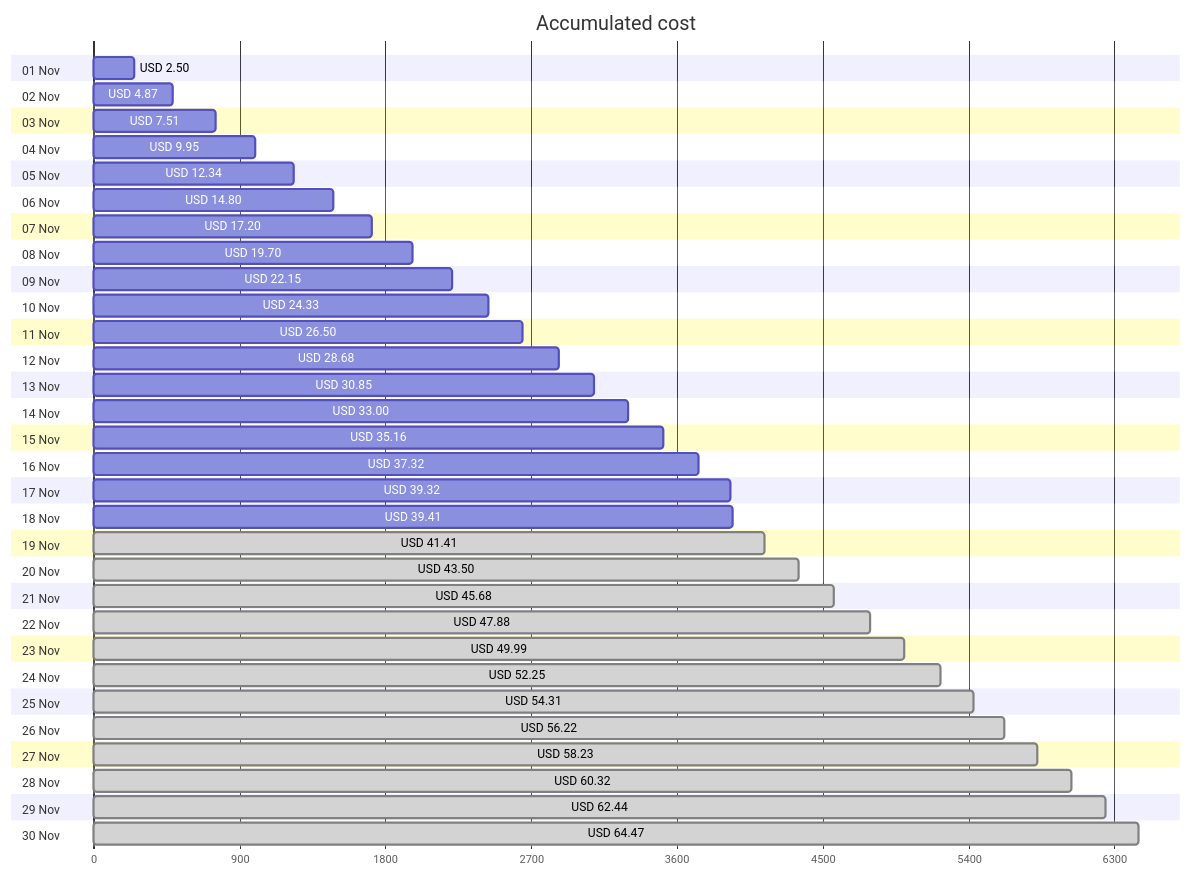
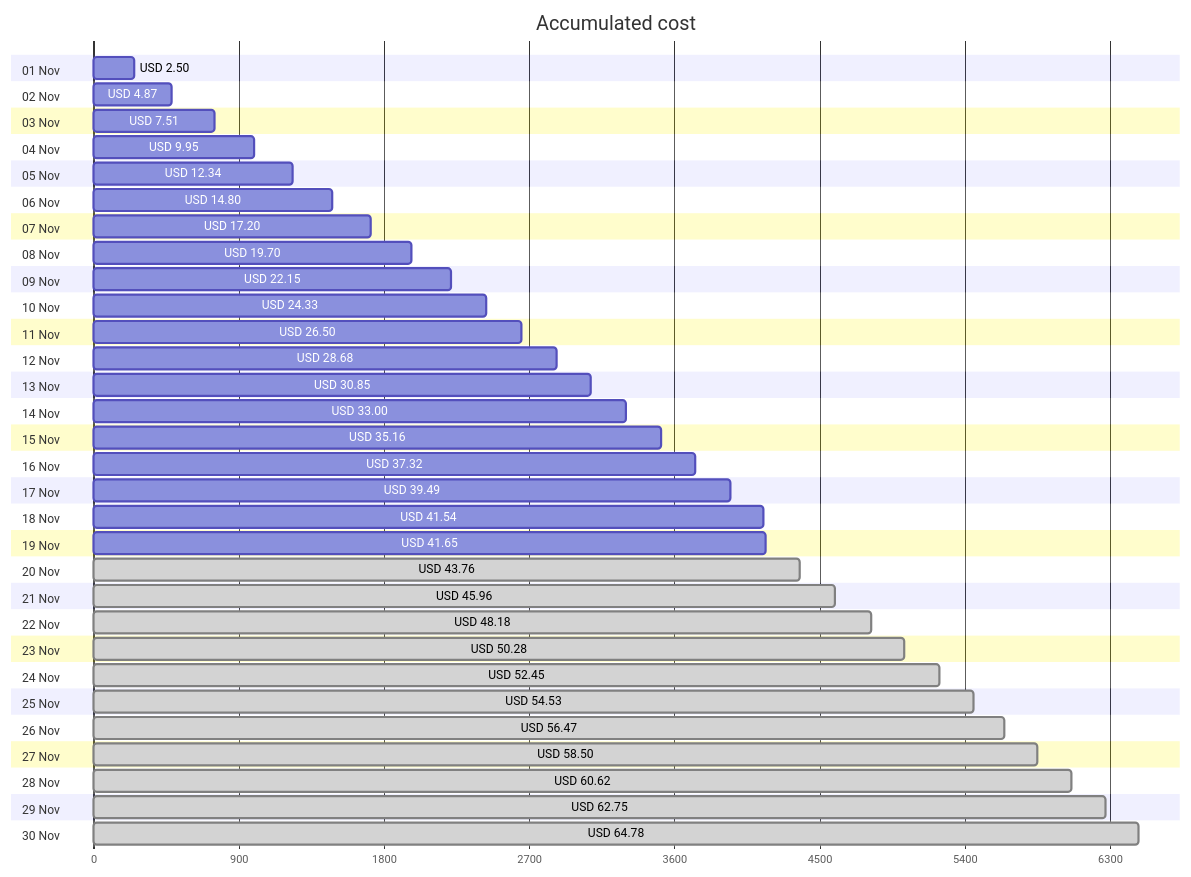
Before and after one commit to jpfulton/azure-personal-reports: the first of 4 diagrams in cost-reports/accumulated-cost.md, drawn with Mermaid. The commit also changed other lines of this file and 4 other files, not shown here.

````diff
--- a/cost-reports/accumulated-cost.md
+++ b/cost-reports/accumulated-cost.md
@@ -20,66 +20,66 @@
 ```mermaid
 gantt
    title Accumulated cost
    dateFormat  X
    axisFormat %s
    section 01 Nov
    USD 2.50 :0, 250
    section 02 Nov
    USD 4.87 :0, 487
    section 03 Nov
    USD 7.51 :0, 751
    section 04 Nov
    USD 9.95 :0, 995
    section 05 Nov
    USD 12.34 :0, 1234
    section 06 Nov
    USD 14.80 :0, 1480
    section 07 Nov
    USD 17.20 :0, 1720
    section 08 Nov
    USD 19.70 :0, 1970
    section 09 Nov
    USD 22.15 :0, 2215
    section 10 Nov
    USD 24.33 :0, 2433
    section 11 Nov
    USD 26.50 :0, 2650
    section 12 Nov
    USD 28.68 :0, 2868
    section 13 Nov
    USD 30.85 :0, 3085
    section 14 Nov
    USD 33.00 :0, 3300
    section 15 Nov
    USD 35.16 :0, 3516
    section 16 Nov
    USD 37.32 :0, 3732
    section 17 Nov
-   USD 39.32 :0, 3932
+   USD 39.49 :0, 3949
    section 18 Nov
-   USD 39.41 :0, 3941
+   USD 41.54 :0, 4154
    section 19 Nov
-   USD 41.41 : done, 0, 4141
+   USD 41.65 :0, 4165
    section 20 Nov
-   USD 43.50 : done, 0, 4350
+   USD 43.76 : done, 0, 4376
    section 21 Nov
-   USD 45.68 : done, 0, 4568
+   USD 45.96 : done, 0, 4596
    section 22 Nov
-   USD 47.88 : done, 0, 4788
+   USD 48.18 : done, 0, 4818
    section 23 Nov
-   USD 49.99 : done, 0, 4999
+   USD 50.28 : done, 0, 5028
    section 24 Nov
-   USD 52.25 : done, 0, 5225
+   USD 52.45 : done, 0, 5245
    section 25 Nov
-   USD 54.31 : done, 0, 5431
+   USD 54.53 : done, 0, 5453
    section 26 Nov
-   USD 56.22 : done, 0, 5622
+   USD 56.47 : done, 0, 5647
    section 27 Nov
-   USD 58.23 : done, 0, 5823
+   USD 58.50 : done, 0, 5850
    section 28 Nov
-   USD 60.32 : done, 0, 6032
+   USD 60.62 : done, 0, 6062
    section 29 Nov
-   USD 62.44 : done, 0, 6244
+   USD 62.75 : done, 0, 6275
    section 30 Nov
-   USD 64.47 : done, 0, 6447
+   USD 64.78 : done, 0, 6478
 ```
````
